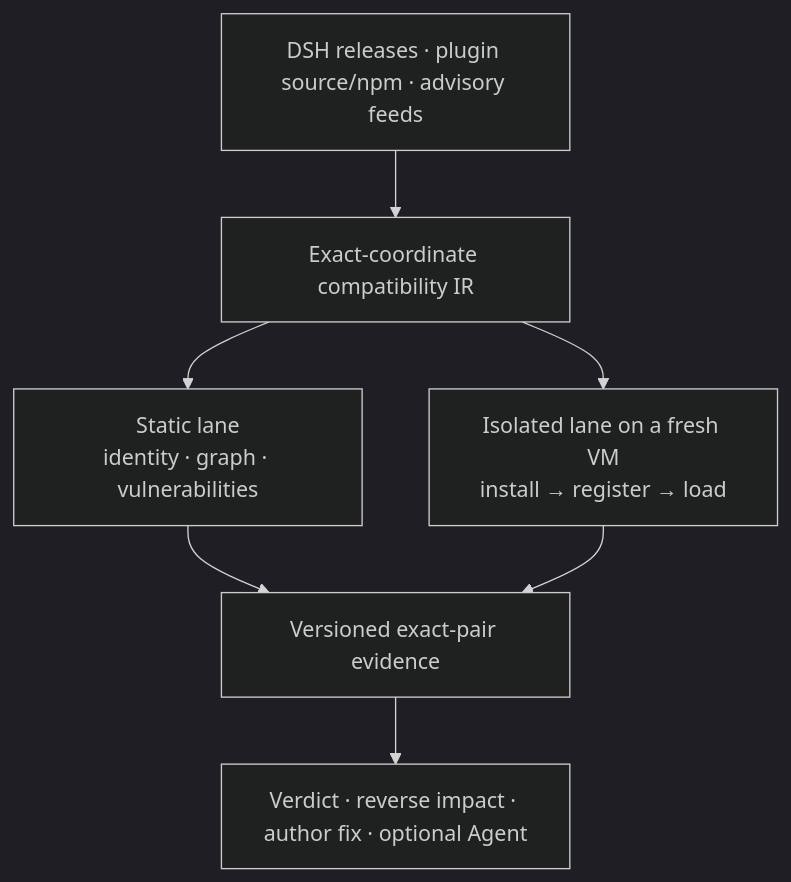
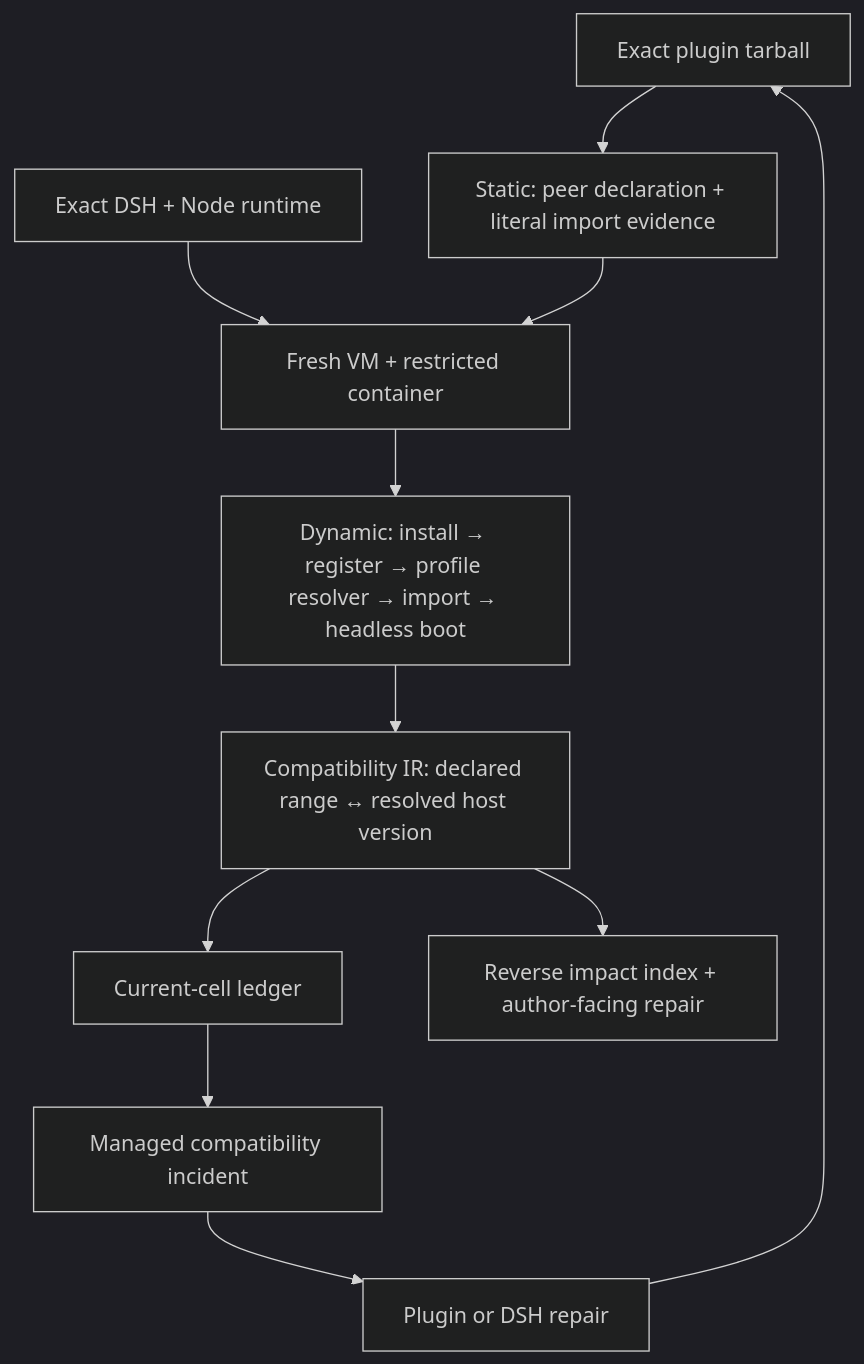
One commit to MicroMilo/upstream-radar changed the diagram in README.md. Above: the diagram before and after it, drawn with Mermaid (dark theme). The commit also changed other lines of this file and 64 other files, not shown here.

First line of the commit message:
feat: continuously reconcile DSH compatibility (#69)

````diff
--- a/README.md
+++ b/README.md
@@ -24,9 +23,13 @@
 ```mermaid
 flowchart TB
-  Input["DSH releases · plugin source/npm · advisory feeds"] --> IR["Exact-coordinate compatibility IR"]
-  IR --> Static["Static lane<br/>identity · graph · vulnerabilities"]
-  IR --> Runtime["Isolated lane on a fresh VM<br/>install → register → load"]
-  Static --> Evidence["Versioned exact-pair evidence"]
-  Runtime --> Evidence
-  Evidence --> Action["Verdict · reverse impact · author fix · optional Agent"]
+  Artifact["Exact plugin tarball"] --> Static["Static: peer declaration + literal import evidence"]
+  DSH["Exact DSH + Node runtime"] --> Runtime["Fresh VM + restricted container"]
+  Static --> Runtime
+  Runtime --> Resolve["Dynamic: install → register → profile resolver → import → headless boot"]
+  Resolve --> IR["Compatibility IR: declared range ↔ resolved host version"]
+  IR --> Ledger["Current-cell ledger"]
+  IR --> Impact["Reverse impact index + author-facing repair"]
+  Ledger --> Incident["Managed compatibility incident"]
+  Incident --> Repair["Plugin or DSH repair"]
+  Repair --> Artifact
 ```
````
